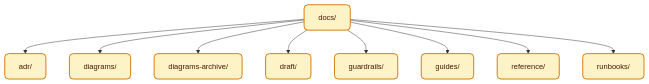
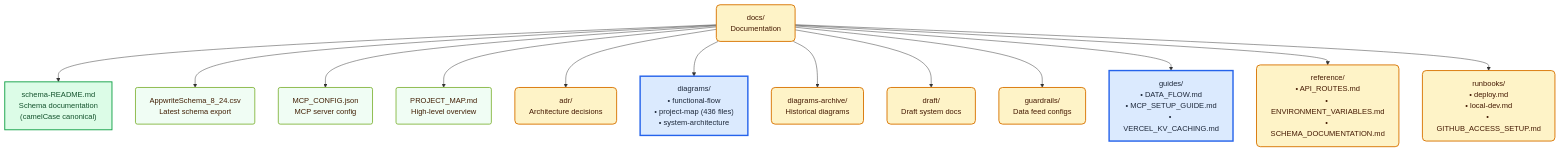
One commit to kpm34/college-football-fantasy-app changed the diagram in docs/diagrams/project-map/docs.md. Above: the diagram before and after it, drawn with Mermaid. The commit also changed 3 other files, not shown here.

First line of the commit message:
docs(project-map): update diagrams for app, docs, schema, ops folders

````diff
--- a/docs/diagrams/project-map/docs.md
+++ b/docs/diagrams/project-map/docs.md
@@ -3,39 +3,64 @@
 ```mermaid
 flowchart TB
   classDef folder fill:#fef3c7,stroke:#d97706,stroke-width:2,color:#451a03,rx:8,ry:8
   classDef file fill:#f0fdf4,stroke:#65a30d,stroke-width:1.5,color:#422006,rx:4,ry:4
-  R["docs/"]
+  classDef highlight fill:#dbeafe,stroke:#2563eb,stroke-width:3,color:#1e293b
+  classDef updated fill:#dcfce7,stroke:#16a34a,stroke-width:2,color:#14532d
+  
+  R["docs/<br/>Documentation"]
   class R folder
-  docs_adr_["adr/"]
+  
+  %% Key files
+  schema_readme["schema-README.md<br/>Schema documentation<br/>(camelCase canonical)"]
+  class schema_readme updated
+  R --> schema_readme
+  
+  appwrite_schema["AppwriteSchema_8_24.csv<br/>Latest schema export"]
+  class appwrite_schema file
+  R --> appwrite_schema
+  
+  mcp_config["MCP_CONFIG.json<br/>MCP server config"]
+  class mcp_config file
+  R --> mcp_config
+  
+  project_map_md["PROJECT_MAP.md<br/>High-level overview"]
+  class project_map_md file
+  R --> project_map_md
+  
+  %% Folders
+  docs_adr_["adr/<br/>Architecture decisions"]
   class docs_adr_ folder
   R --> docs_adr_
-  click docs_adr_ "/admin/project-map/docs/adr" "Open adr"
-  docs_diagrams_["diagrams/"]
-  class docs_diagrams_ folder
+  
+  docs_diagrams_["diagrams/<br/>• functional-flow<br/>• project-map (436 files)<br/>• system-architecture"]
+  class docs_diagrams_ highlight
   R --> docs_diagrams_
   click docs_diagrams_ "/admin/project-map/docs/diagrams" "Open diagrams"
-  docs_diagrams_archive_["diagrams-archive/"]
+  
+  docs_diagrams_archive_["diagrams-archive/<br/>Historical diagrams"]
   class docs_diagrams_archive_ folder
   R --> docs_diagrams_archive_
-  click docs_diagrams_archive_ "/admin/project-map/docs/diagrams-archive" "Open diagrams-archive"
-  docs_draft_["draft/"]
+  
+  docs_draft_["draft/<br/>Draft system docs"]
   class docs_draft_ folder
   R --> docs_draft_
-  click docs_draft_ "/admin/project-map/docs/draft" "Open draft"
-  docs_guardrails_["guardrails/"]
+  
+  docs_guardrails_["guardrails/<br/>Data feed configs"]
   class docs_guardrails_ folder
   R --> docs_guardrails_
-  click docs_guardrails_ "/admin/project-map/docs/guardrails" "Open guardrails"
-  docs_guides_["guides/"]
-  class docs_guides_ folder
+  
+  docs_guides_["guides/<br/>• DATA_FLOW.md<br/>• MCP_SETUP_GUIDE.md<br/>• VERCEL_KV_CACHING.md"]
+  class docs_guides_ highlight
   R --> docs_guides_
   click docs_guides_ "/admin/project-map/docs/guides" "Open guides"
-  docs_reference_["reference/"]
+  
+  docs_reference_["reference/<br/>• API_ROUTES.md<br/>• ENVIRONMENT_VARIABLES.md<br/>• SCHEMA_DOCUMENTATION.md"]
   class docs_reference_ folder
   R --> docs_reference_
   click docs_reference_ "/admin/project-map/docs/reference" "Open reference"
-  docs_runbooks_["runbooks/"]
+  
+  docs_runbooks_["runbooks/<br/>• deploy.md<br/>• local-dev.md<br/>• GITHUB_ACCESS_SETUP.md"]
   class docs_runbooks_ folder
   R --> docs_runbooks_
   click docs_runbooks_ "/admin/project-map/docs/runbooks" "Open runbooks"
 ```
````
